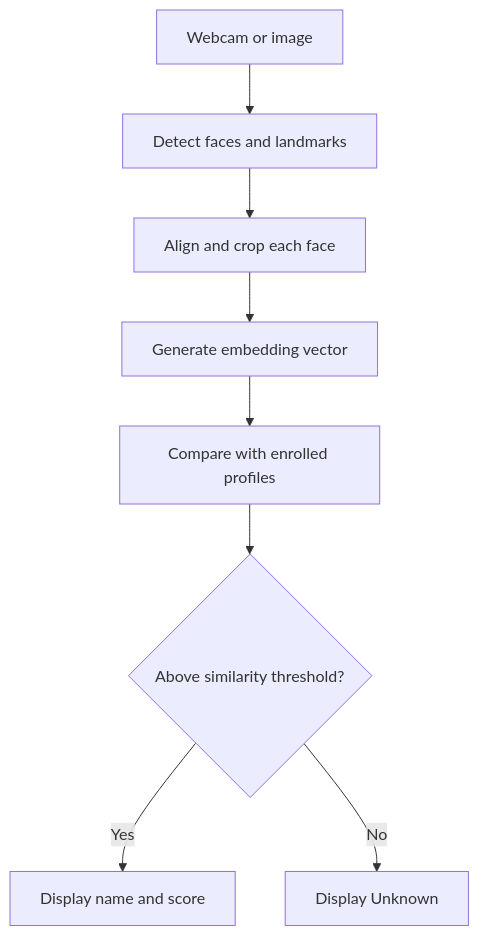
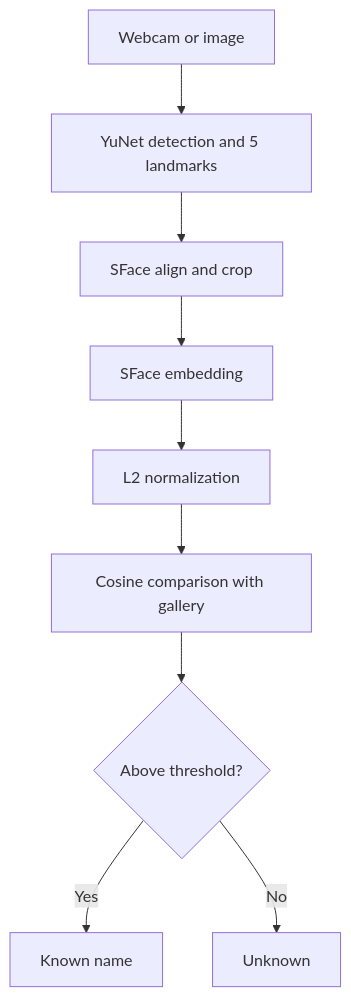
Before and after one commit to joshuajyi/sce-face-recognition-pipeline: the diagram in README.md, drawn with Mermaid. The commit also changed other lines of this file and 2 other files, not shown here.

````diff
--- a/README.md
+++ b/README.md
@@ -22,10 +179,11 @@
 ```mermaid
 flowchart TD
-    A["Webcam or image"] --> B["Detect faces and landmarks"]
-    B --> C["Align and crop each face"]
-    C --> D["Generate embedding vector"]
-    D --> E["Compare with enrolled profiles"]
-    E --> F{"Above similarity threshold?"}
-    F -->|Yes| G["Display name and score"]
-    F -->|No| H["Display Unknown"]
+    A["Webcam or image"] --> B["YuNet detection and 5 landmarks"]
+    B --> C["SFace align and crop"]
+    C --> D["SFace embedding"]
+    D --> E["L2 normalization"]
+    E --> F["Cosine comparison with gallery"]
+    F --> G{"Above threshold?"}
+    G -->|Yes| H["Known name"]
+    G -->|No| I["Unknown"]
 ```
````
